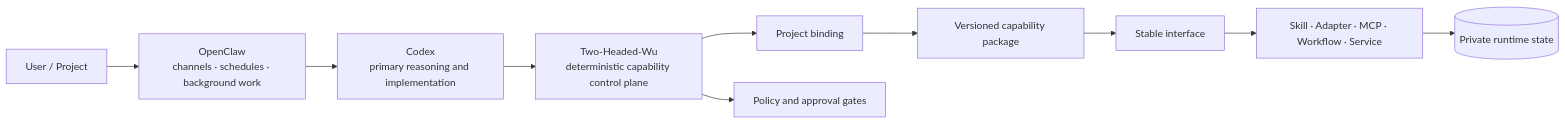
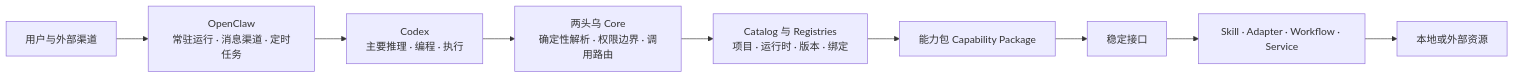
Before and after one commit to gyy489/two-head-wu: the diagram in README.md, drawn with Mermaid. The commit also changed other lines of this file and 226 other files, not shown here.

````diff
--- a/README.md
+++ b/README.md
@@ -21,12 +9,12 @@
 ```mermaid
 flowchart LR
-    U[User / Project] --> O[OpenClaw<br/>channels · schedules · background work]
-    O --> C[Codex<br/>primary reasoning and implementation]
-    C --> W[Two-Headed-Wu<br/>deterministic capability control plane]
-    W --> B[Project binding]
-    B --> P[Versioned capability package]
-    P --> I[Stable interface]
-    I --> X[Skill · Adapter · MCP · Workflow · Service]
-    W --> G[Policy and approval gates]
-    X --> S[(Private runtime state)]
+    U[用户与外部渠道] --> O[OpenClaw<br/>常驻运行 · 消息渠道 · 定时任务]
+    O --> C[Codex<br/>主要推理 · 编程 · 执行]
+    C --> W[两头乌 Core<br/>确定性解析 · 权限边界 · 调用路由]
+
+    W --> R[Catalog 与 Registries<br/>项目 · 运行时 · 版本 · 绑定]
+    R --> P[能力包 Capability Package]
+    P --> I[稳定接口]
+    I --> X[Skill · Adapter · Workflow · Service]
+    X --> E[本地或外部资源]
 ```
````
